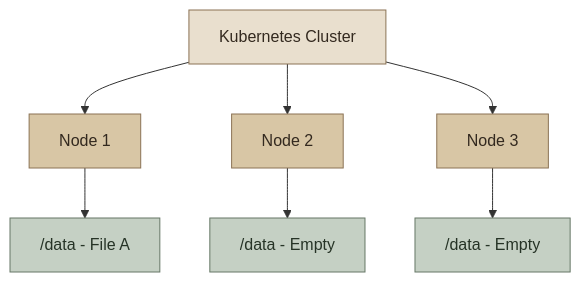
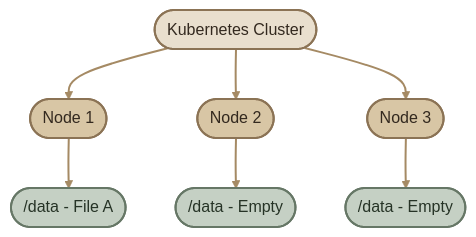
Before and after one commit to mustafammasoud/ops-handbook: the third of 3 diagrams in content/container-orchestration/kubernetes/Storage/kubernetes-volumes.mdx, drawn with Mermaid. The commit also changed other lines of this file and 2 other files, not shown here.

Commit message:
docs(kubernetes): editing in content

````diff
--- a/content/container-orchestration/kubernetes/Storage/kubernetes-volumes.mdx
+++ b/content/container-orchestration/kubernetes/Storage/kubernetes-volumes.mdx
@@ -153,18 +156,20 @@
 ```mermaid
 flowchart TD
-    A["Kubernetes Cluster"] --> B["Node 1"]
-    A --> C["Node 2"]
-    A --> D["Node 3"]
+    A(["Kubernetes Cluster"]) --> B(["Node 1"])
+    A --> C(["Node 2"])
+    A --> D(["Node 3"])
 
-    B --> E["/data - File A"]
-    C --> F["/data - Empty"]
-    D --> G["/data - Empty"]
+    B --> E(["/data - File A"])
+    C --> F(["/data - Empty"])
+    D --> G(["/data - Empty"])
 
-    classDef cluster fill:#e9dfce,stroke:#8b7355,color:#33291f
-    classDef node fill:#d8c6a5,stroke:#8b7355,color:#33291f
-    classDef data fill:#c5d0c4,stroke:#667766,color:#263326
+    classDef cluster fill:#e9dfce,stroke:#8b7355,color:#33291f,stroke-width:2px
+    classDef node fill:#d8c6a5,stroke:#8b7355,color:#33291f,stroke-width:2px
+    classDef data fill:#c5d0c4,stroke:#667766,color:#263326,stroke-width:2px
 
     class A cluster
     class B,C,D node
     class E,F,G data
+
+    linkStyle default stroke:#a58a64,stroke-width:2px
 ```
````
